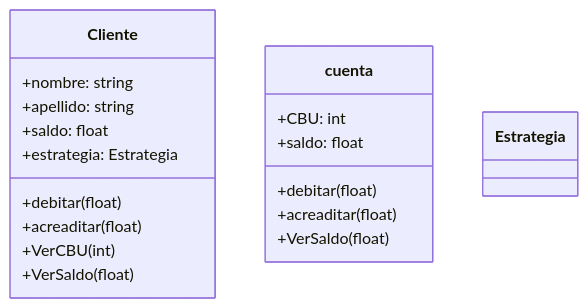
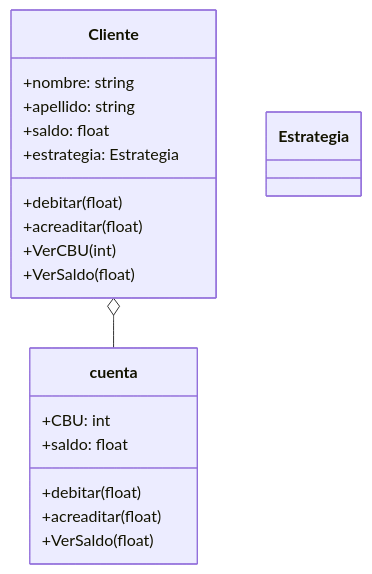
One commit to FranciscoBHF/Banco changed the diagram in README.md. Above: the diagram before and after it, drawn with Mermaid.

Commit message:
Relacion

````diff
--- a/README.md
+++ b/README.md
@@ -2,24 +2,25 @@
 ```mermaid
 classDiagram
 
 class Cliente{
     +nombre: string
     +apellido: string
     +saldo: float
     +estrategia: Estrategia
     +debitar(float)
     +acreaditar(float)
     +VerCBU(int)
     +VerSaldo(float)
 }
 class cuenta{
     +CBU: int
     +saldo: float
     +debitar(float)
     +acreaditar(float)
     +VerSaldo(float)
 }
 class Estrategia{
-    
+
 }
+Cliente o-- cuenta
 ```
````
